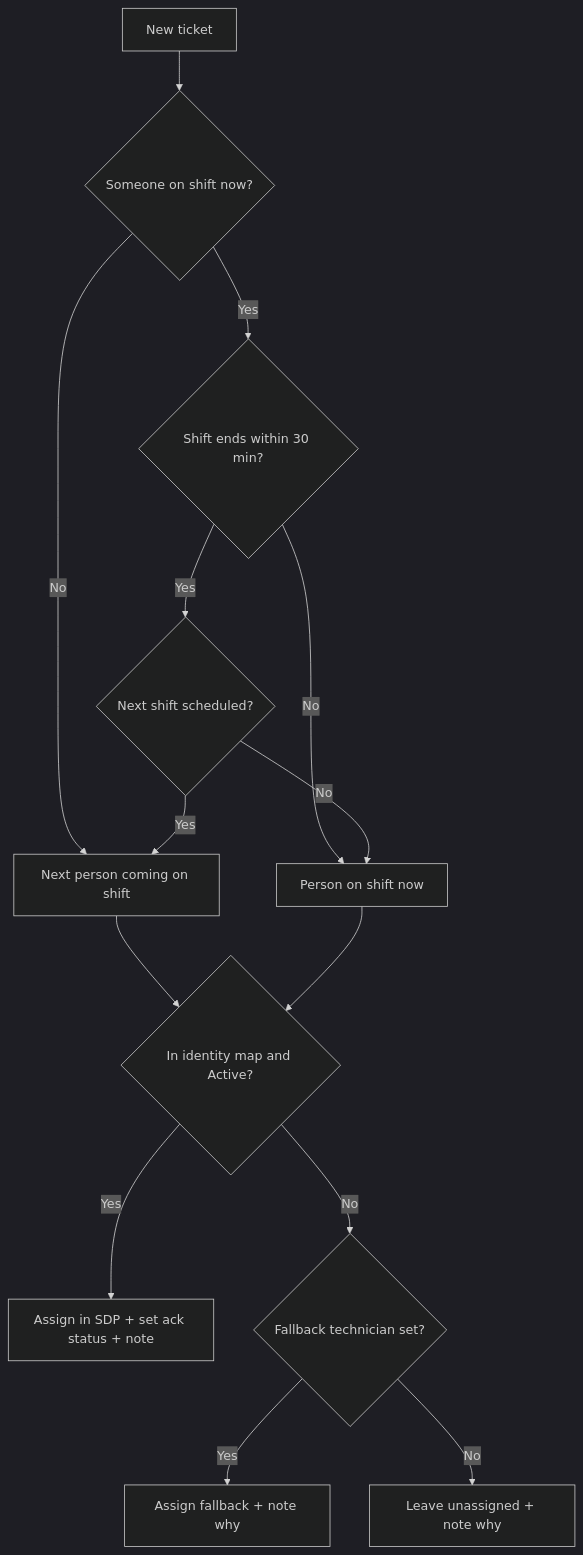
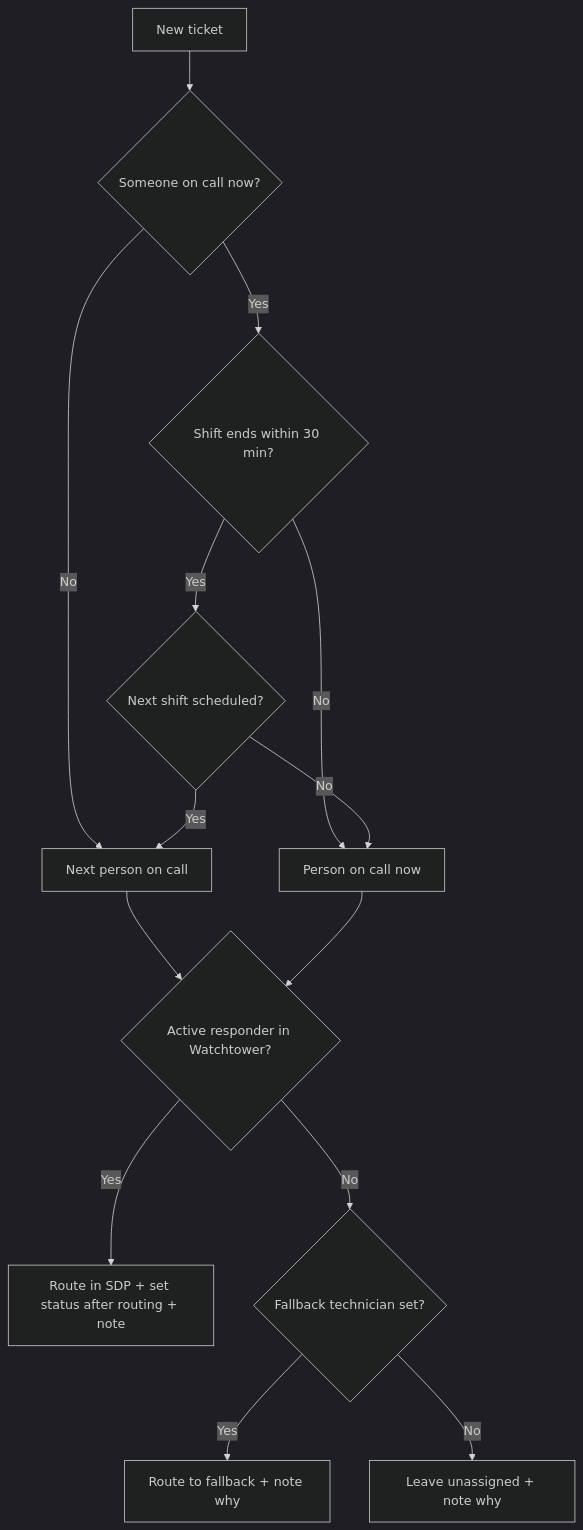
Before and after one commit to andrewlistdev/Watchtower: the second of 4 diagrams in docs/flows.md, drawn with Mermaid (dark theme). The commit also changed other lines of this file and 60 other files, not shown here.

````diff
--- a/docs/flows.md
+++ b/docs/flows.md
@@ -34,16 +34,16 @@
 ```mermaid
 flowchart TD
-    A[New ticket] --> B{Someone on shift now?}
-    B -- No --> C[Next person coming on shift]
+    A[New ticket] --> B{Someone on call now?}
+    B -- No --> C[Next person on call]
     B -- Yes --> D{Shift ends within 30 min?}
-    D -- No --> E[Person on shift now]
+    D -- No --> E[Person on call now]
     D -- Yes --> F{Next shift scheduled?}
     F -- Yes --> C
     F -- No --> E
-    C --> G{In identity map and Active?}
+    C --> G{Active responder in Watchtower?}
     E --> G
-    G -- Yes --> H[Assign in SDP + set ack status + note]
+    G -- Yes --> H[Route in SDP + set status after routing + note]
     G -- No --> I{Fallback technician set?}
-    I -- Yes --> J[Assign fallback + note why]
+    I -- Yes --> J[Route to fallback + note why]
     I -- No --> K[Leave unassigned + note why]
 ```
````
